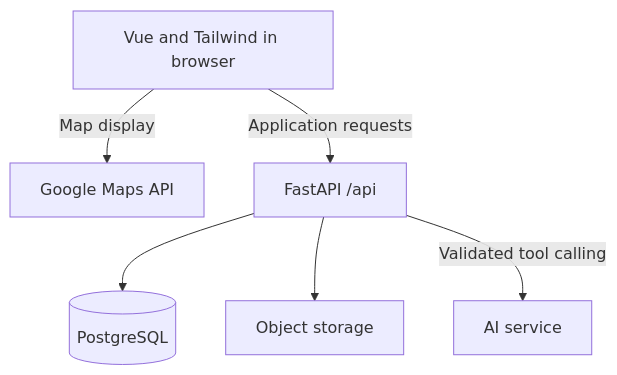
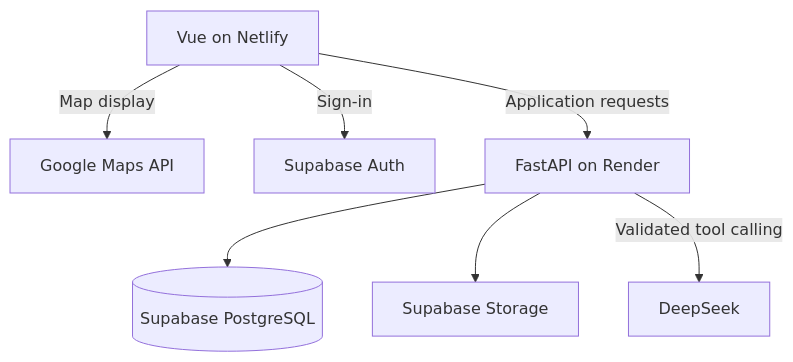
One commit to NotHriz/CodeDojo-Hackaton changed the diagram in onboarding.md. Above: the diagram before and after it, drawn with Mermaid. The commit also changed other lines of this file and 1 other file, not shown here.

Commit message:
docs: finalize Gombak pilot and community architecture

````diff
--- a/onboarding.md
+++ b/onboarding.md
@@ -44,8 +50,9 @@
 ```mermaid
 flowchart TD
-    Vue[Vue and Tailwind in browser] -->|Map display| Maps[Google Maps API]
-    Vue -->|Application requests| API[FastAPI /api]
-    API --> DB[(PostgreSQL)]
-    API --> Photos[Object storage]
-    API -->|Validated tool calling| AI[AI service]
+    Vue[Vue on Netlify] -->|Map display| Maps[Google Maps API]
+    Vue -->|Sign-in| Auth[Supabase Auth]
+    Vue -->|Application requests| API[FastAPI on Render]
+    API --> DB[(Supabase PostgreSQL)]
+    API --> Photos[Supabase Storage]
+    API -->|Validated tool calling| AI[DeepSeek]
 ```
````
